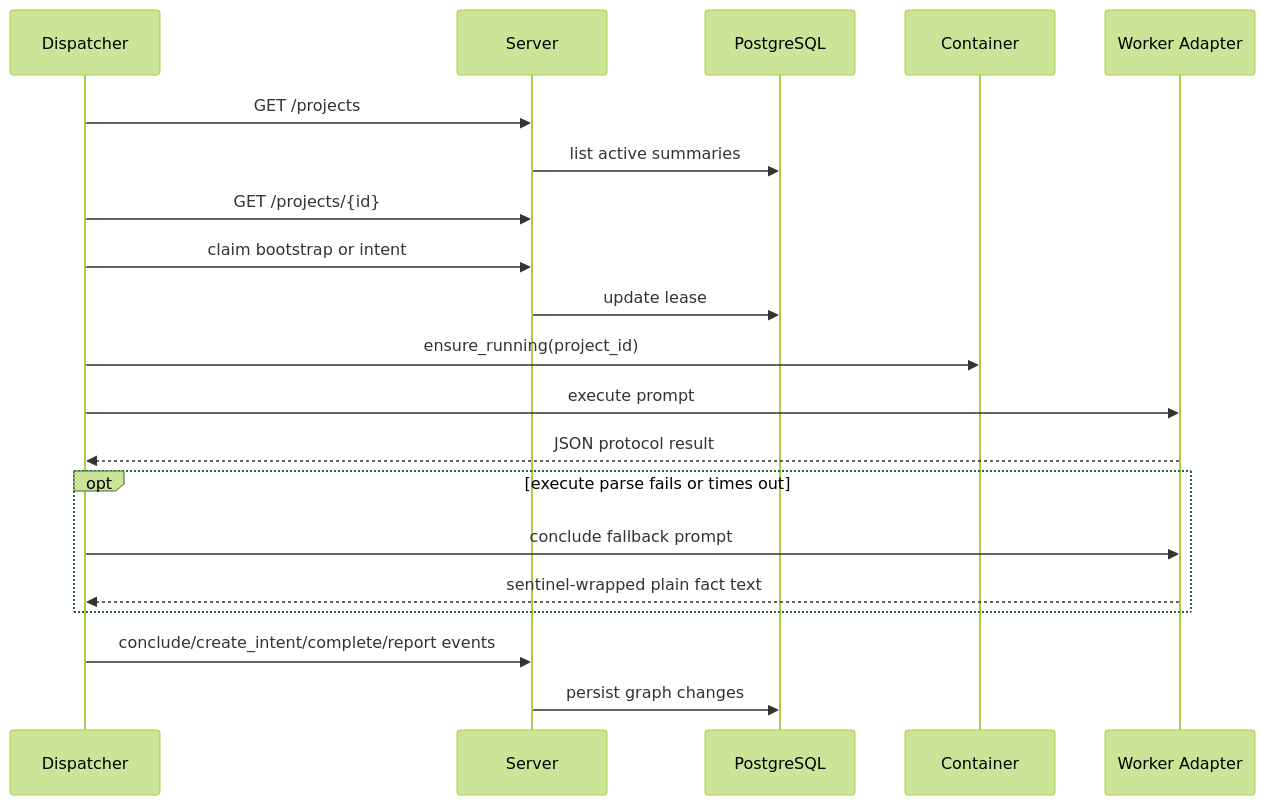
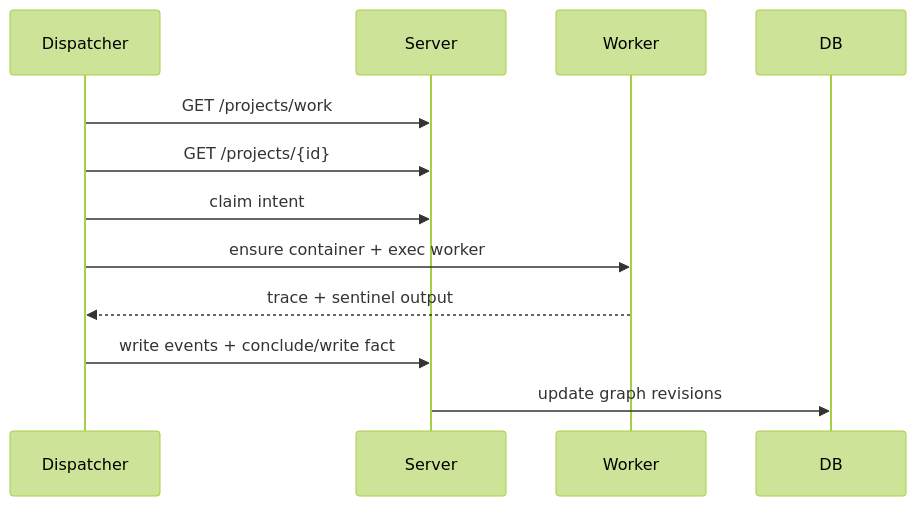
The second of 4 diagrams in AI/CODEBASE_ANALYSIS.md (j7ur8/Cairn), drawn with Mermaid (forest theme) before and after one commit. The commit also changed other lines of this file and 6 other files, not shown here.

````diff
--- a/AI/CODEBASE_ANALYSIS.md
+++ b/AI/CODEBASE_ANALYSIS.md
@@ -168,23 +142,15 @@
 ```mermaid
 sequenceDiagram
     participant D as Dispatcher
     participant S as Server
-    participant DB as PostgreSQL
-    participant C as Container
-    participant W as Worker Adapter
+    participant W as Worker
+    participant DB
 
-    D->>S: GET /projects
-    S->>DB: list active summaries
+    D->>S: GET /projects/work
     D->>S: GET /projects/{id}
-    D->>S: claim bootstrap or intent
-    S->>DB: update lease
-    D->>C: ensure_running(project_id)
-    D->>W: execute prompt
-    W-->>D: JSON protocol result
-    opt execute parse fails or times out
-        D->>W: conclude fallback prompt
-        W-->>D: sentinel-wrapped plain fact text
-    end
-    D->>S: conclude/create_intent/complete/report events
-    S->>DB: persist graph changes
+    D->>S: claim intent
+    D->>W: ensure container + exec worker
+    W-->>D: trace + sentinel output
+    D->>S: write events + conclude/write fact
+    S->>DB: update graph revisions
 ```
````
